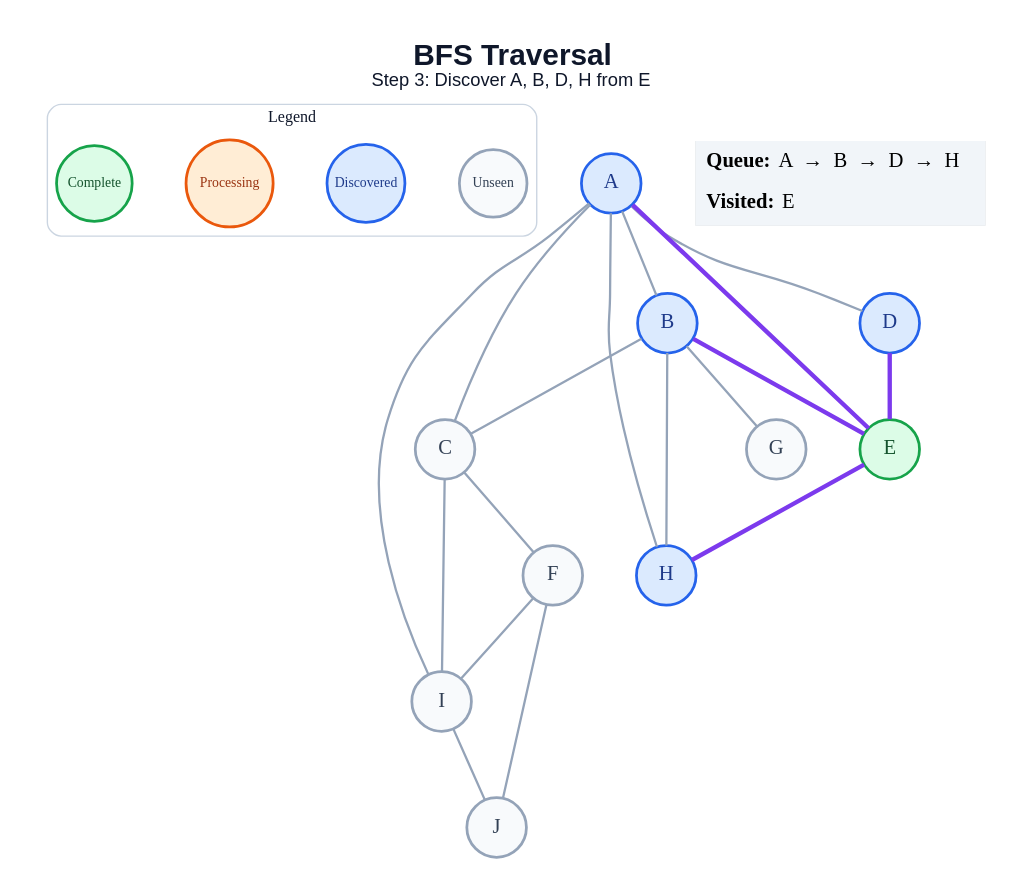
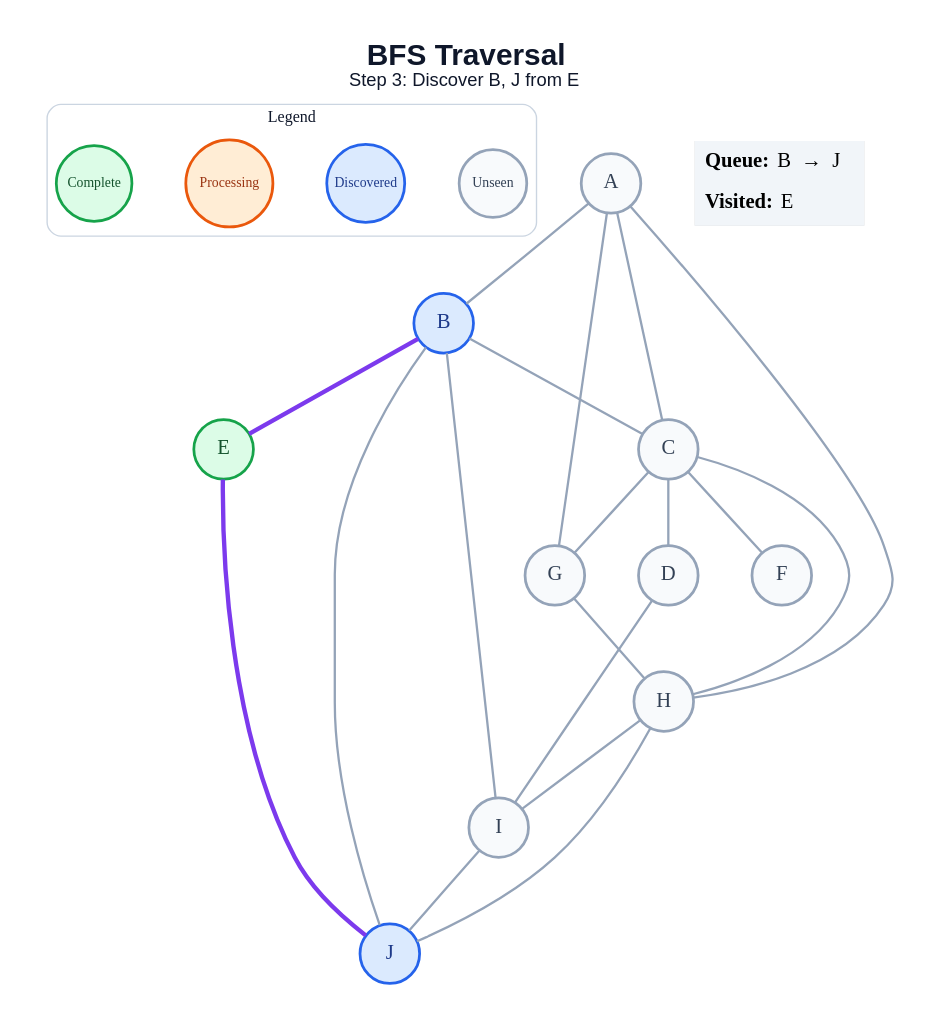
The diagram in generated/specific-node/bfs/step_03.dot (amanghodawala9/ai-slop), drawn with Graphviz before and after one commit. The commit also changed 178 other files, not shown here.

```diff
--- a/generated/specific-node/bfs/step_03.dot
+++ b/generated/specific-node/bfs/step_03.dot
@@ -1,46 +1,47 @@
 graph traversal {
   graph [layout=dot, rankdir=TB, bgcolor="#FFFFFF", pad="0.35", nodesep="0.65", ranksep="0.8", fontname="Arial"];
   node [shape=circle, style="filled", fontname="Arial Bold", fontsize=18, width=0.72, fixedsize=true, penwidth=2.4];
   edge [color="#94A3B8", penwidth=2.0];
-  label=<<B>BFS Traversal</B><BR/><FONT POINT-SIZE="16">Step 3: Discover A, B, D, H from E</FONT>>; labelloc="t"; fontsize=26; fontname="Arial"; fontcolor="#0F172A";
+  label=<<B>BFS Traversal</B><BR/><FONT POINT-SIZE="16">Step 3: Discover B, J from E</FONT>>; labelloc="t"; fontsize=26; fontname="Arial"; fontcolor="#0F172A";
   subgraph cluster_legend { label="Legend"; color="#CBD5E1"; penwidth=1.2; style="rounded"; fontsize=14; fontname="Arial Bold";
     key_unseen [label="Unseen", fillcolor="#F8FAFC", color="#94A3B8", fontcolor="#334155", fontsize=12, width=0.82];
     key_frontier [label="Discovered", fillcolor="#DBEAFE", color="#2563EB", fontcolor="#1E3A8A", fontsize=12, width=0.95];
     key_current [label="Processing", fillcolor="#FFEDD5", color="#EA580C", fontcolor="#9A3412", fontsize=12, width=1.05];
     key_done [label="Complete", fillcolor="#DCFCE7", color="#16A34A", fontcolor="#14532D", fontsize=12, width=0.92];
     { rank=same; key_unseen; key_frontier; key_current; key_done; }
   }
-  A [fillcolor="#DBEAFE", color="#2563EB", fontcolor="#1E3A8A"];
+  A [fillcolor="#F8FAFC", color="#94A3B8", fontcolor="#334155"];
   B [fillcolor="#DBEAFE", color="#2563EB", fontcolor="#1E3A8A"];
   C [fillcolor="#F8FAFC", color="#94A3B8", fontcolor="#334155"];
-  D [fillcolor="#DBEAFE", color="#2563EB", fontcolor="#1E3A8A"];
+  D [fillcolor="#F8FAFC", color="#94A3B8", fontcolor="#334155"];
   E [fillcolor="#DCFCE7", color="#16A34A", fontcolor="#14532D"];
   F [fillcolor="#F8FAFC", color="#94A3B8", fontcolor="#334155"];
   G [fillcolor="#F8FAFC", color="#94A3B8", fontcolor="#334155"];
-  H [fillcolor="#DBEAFE", color="#2563EB", fontcolor="#1E3A8A"];
+  H [fillcolor="#F8FAFC", color="#94A3B8", fontcolor="#334155"];
   I [fillcolor="#F8FAFC", color="#94A3B8", fontcolor="#334155"];
-  J [fillcolor="#F8FAFC", color="#94A3B8", fontcolor="#334155"];
+  J [fillcolor="#DBEAFE", color="#2563EB", fontcolor="#1E3A8A"];
   A -- B;
   A -- C;
-  A -- D;
-  A -- E [color="#7C3AED", penwidth=3.8];
+  A -- G;
   A -- H;
-  A -- I;
   B -- C;
   B -- E [color="#7C3AED", penwidth=3.8];
-  B -- G;
-  B -- H;
+  B -- I;
+  B -- J;
+  C -- D;
   C -- F;
-  C -- I;
-  D -- E [color="#7C3AED", penwidth=3.8];
-  E -- H [color="#7C3AED", penwidth=3.8];
-  F -- I;
-  F -- J;
+  C -- G;
+  C -- H;
+  D -- I;
+  E -- J [color="#7C3AED", penwidth=3.8];
+  G -- H;
+  H -- I;
+  H -- J;
   I -- J;
   status [shape=plain, fixedsize=false, width=0, height=0, margin=0, label=<
     <TABLE BORDER="0" CELLBORDER="0" CELLPADDING="7" BGCOLOR="#F1F5F9">
-      <TR><TD ALIGN="LEFT"><B>Queue:</B> A  →  B  →  D  →  H</TD></TR>
+      <TR><TD ALIGN="LEFT"><B>Queue:</B> B  →  J</TD></TR>
       <TR><TD ALIGN="LEFT"><B>Visited:</B> E</TD></TR>
     </TABLE>
   >];
 }
```
